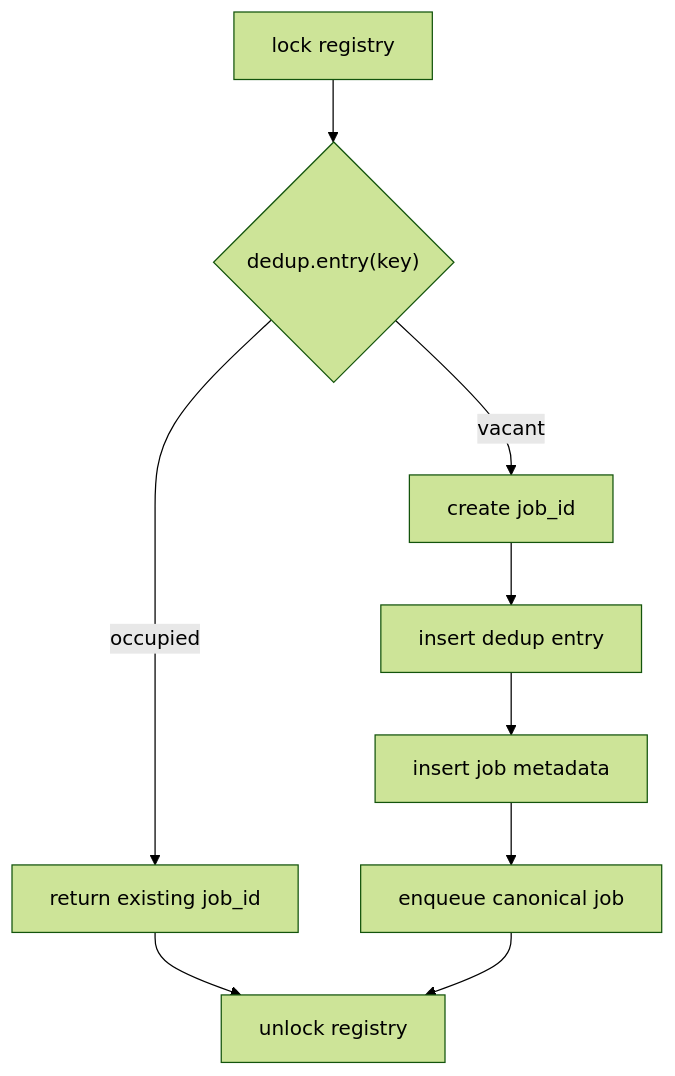
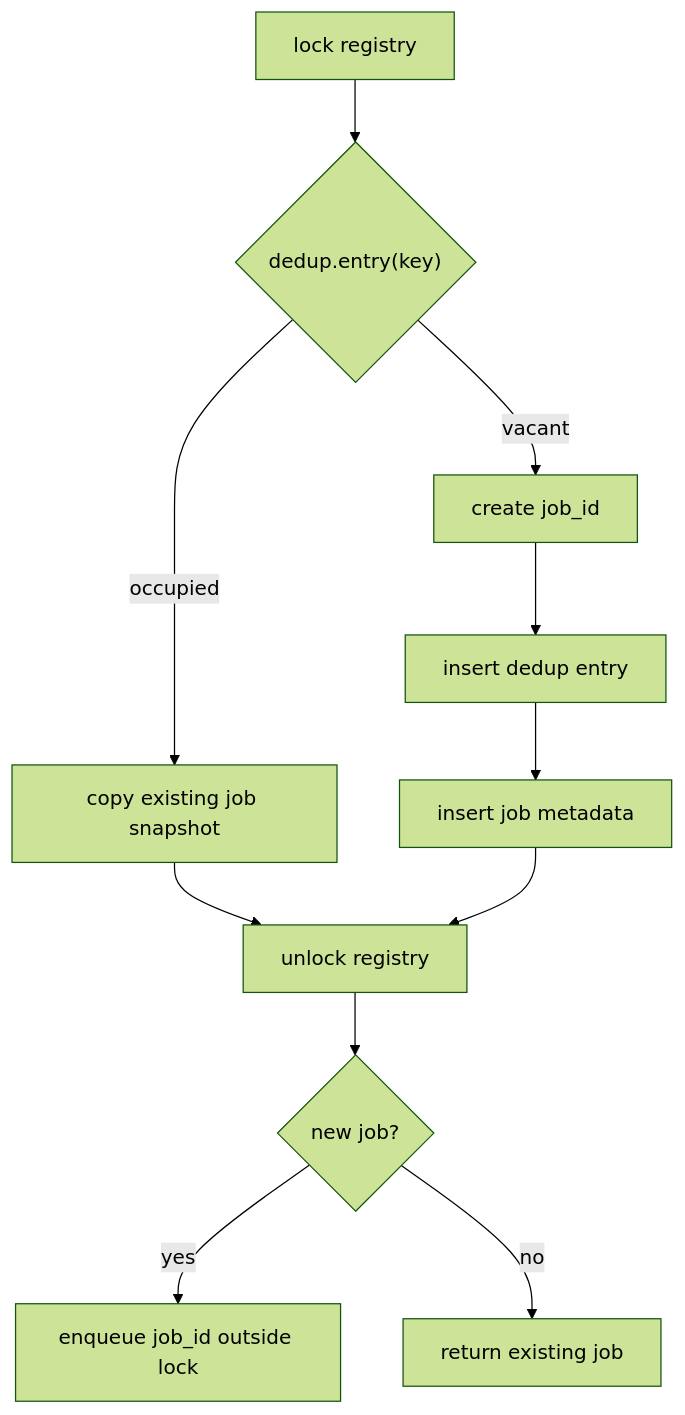
Before and after one commit to jollidah/syspref-ingest: the third of 5 diagrams in README.md, drawn with Mermaid (forest theme). The commit also changed other lines of this file and 3 other files, not shown here.

````diff
--- a/README.md
+++ b/README.md
@@ -58,11 +80,13 @@
 ```mermaid
 flowchart TD
     L["lock registry"] --> E{"dedup.entry(key)"}
-    E -->|"occupied"| O["return existing job_id"]
+    E -->|"occupied"| O["copy existing job snapshot"]
     E -->|"vacant"| N["create job_id"]
     N --> D["insert dedup entry"]
     D --> J["insert job metadata"]
-    J --> Q["enqueue canonical job"]
     O --> U["unlock registry"]
-    Q --> U
+    J --> U
+    U --> Q{"new job?"}
+    Q -->|"yes"| EN["enqueue job_id outside lock"]
+    Q -->|"no"| R["return existing job"]
 ```
````
